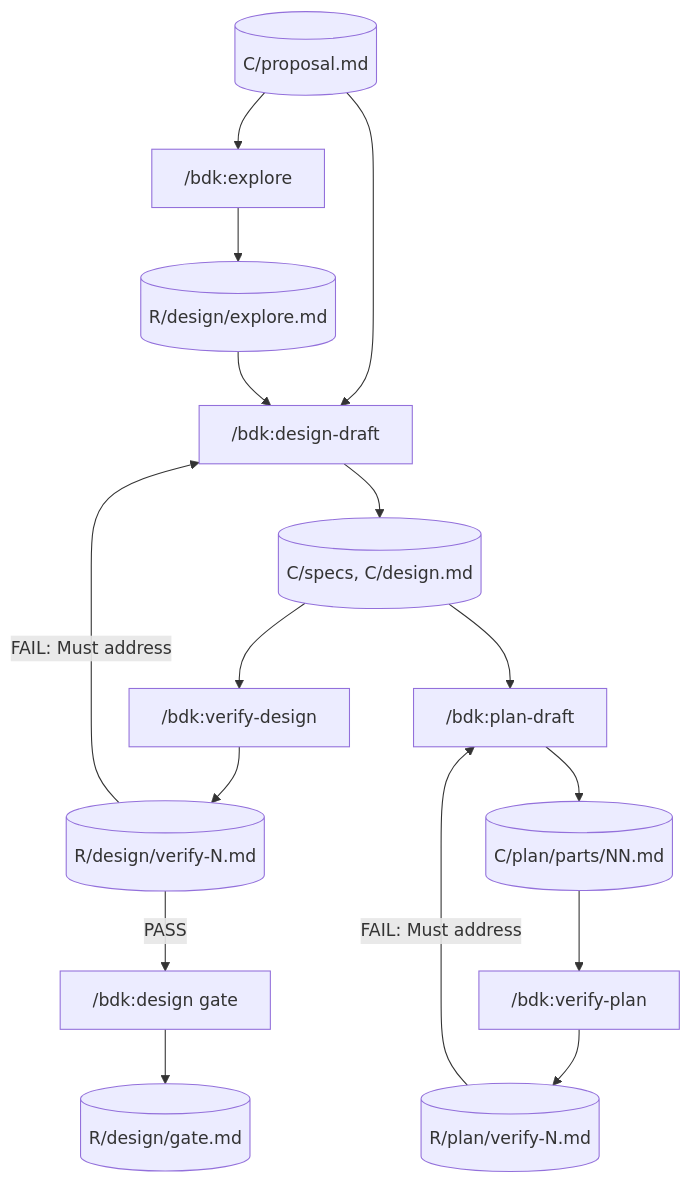
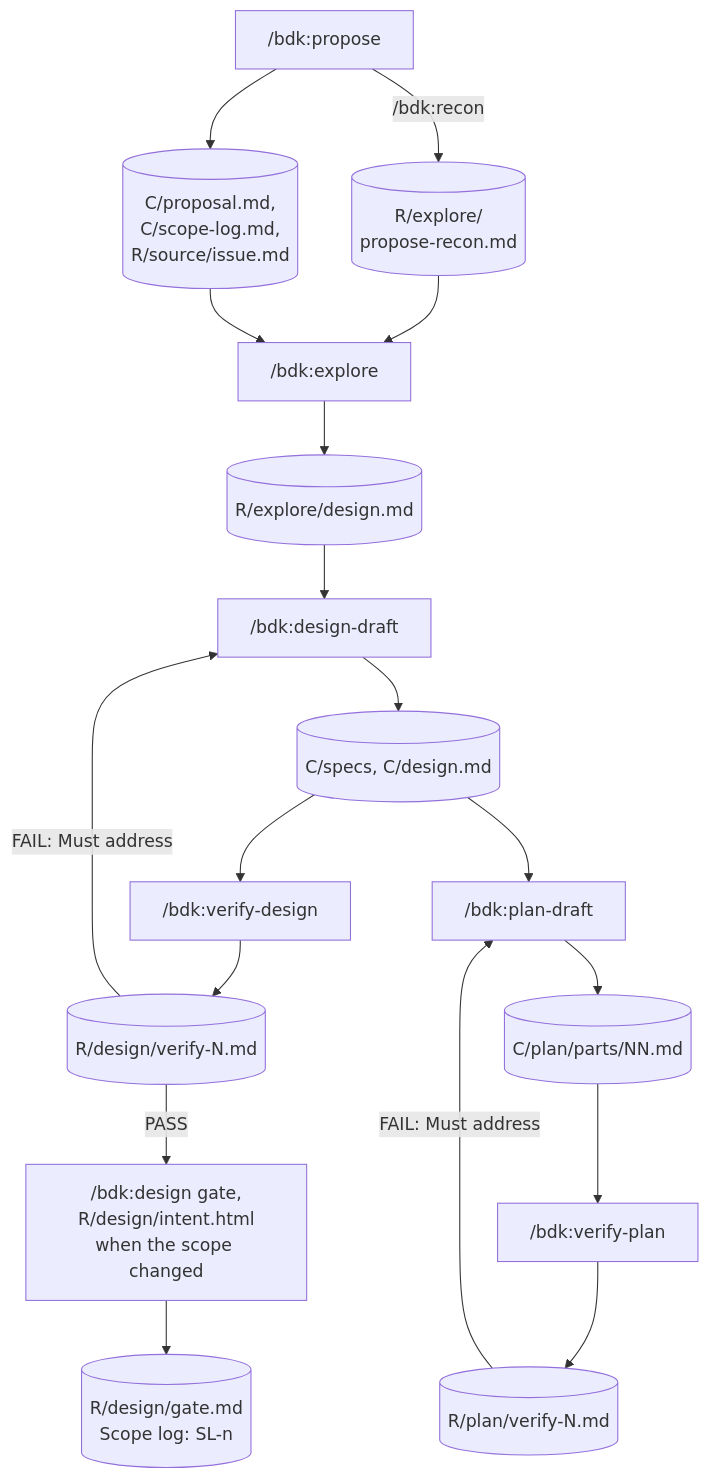
The first of 5 diagrams in docs/concepts/run-state.md (broneq/bdk), drawn with Mermaid before and after one commit. The commit also changed other lines of this file and 117 other files, not shown here.

````diff
--- a/docs/concepts/run-state.md
+++ b/docs/concepts/run-state.md
@@ -95,18 +105,20 @@
 ```mermaid
 flowchart TB
-  P[("C/proposal.md")] --> EX["/bdk:explore"]
-  EX --> EM[("R/design/explore.md")]
-  P --> DD["/bdk:design-draft"]
-  EM --> DD
+  PR["/bdk:propose"] --> P[("C/proposal.md,<br/>C/scope-log.md,<br/>R/source/issue.md")]
+  PR -->|"/bdk:recon"| RE[("R/explore/<br/>propose-recon.md")]
+  RE --> EX["/bdk:explore"]
+  P --> EX
+  EX --> EM[("R/explore/design.md")]
+  EM --> DD["/bdk:design-draft"]
   DD --> SD[("C/specs, C/design.md")]
   SD --> VD["/bdk:verify-design"]
   VD --> VR[("R/design/verify-N.md")]
   VR -->|"FAIL: Must address"| DD
-  VR -->|"PASS"| DG["/bdk:design gate"]
-  DG --> GM[("R/design/gate.md")]
+  VR -->|"PASS"| DG["/bdk:design gate,<br/>R/design/intent.html<br/>when the scope changed"]
+  DG --> GM[("R/design/gate.md<br/>Scope log: SL-n")]
   SD --> PD["/bdk:plan-draft"]
   PD --> PP[("C/plan/parts/NN.md")]
   PP --> VP["/bdk:verify-plan"]
   VP --> PV[("R/plan/verify-N.md")]
   PV -->|"FAIL: Must address"| PD
 ```
````
